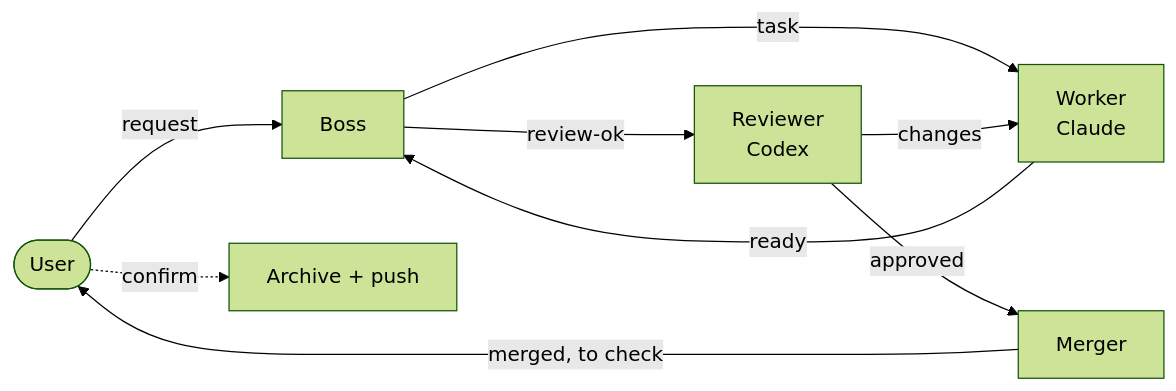
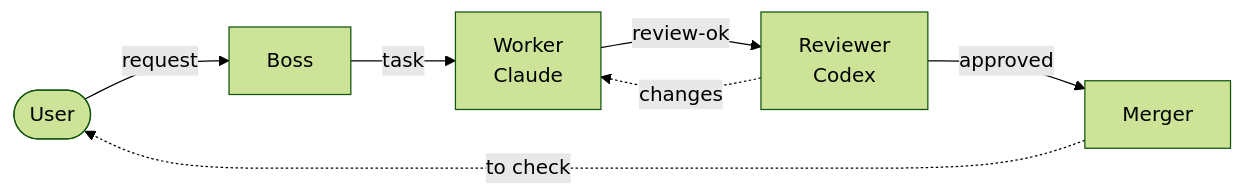
Before and after one commit to alexzomai/leha-loop: the diagram in README.md, drawn with Mermaid (forest theme).

Commit message:
docs: straighten the loop diagram into one row

````diff
--- a/README.md
+++ b/README.md
@@ -57,11 +57,9 @@
 ```mermaid
 flowchart LR
   U([User]) -->|request| B[Boss]
   B -->|task| W[Worker<br/>Claude]
-  W -->|ready| B
-  B -->|review-ok| R[Reviewer<br/>Codex]
-  R -->|changes| W
+  W -->|review-ok| R[Reviewer<br/>Codex]
+  R -.->|changes| W
   R -->|approved| M[Merger]
-  M -->|merged, to check| U
-  U -.->|confirm| A[Archive + push]
+  M -.->|to check| U
 ```
````
